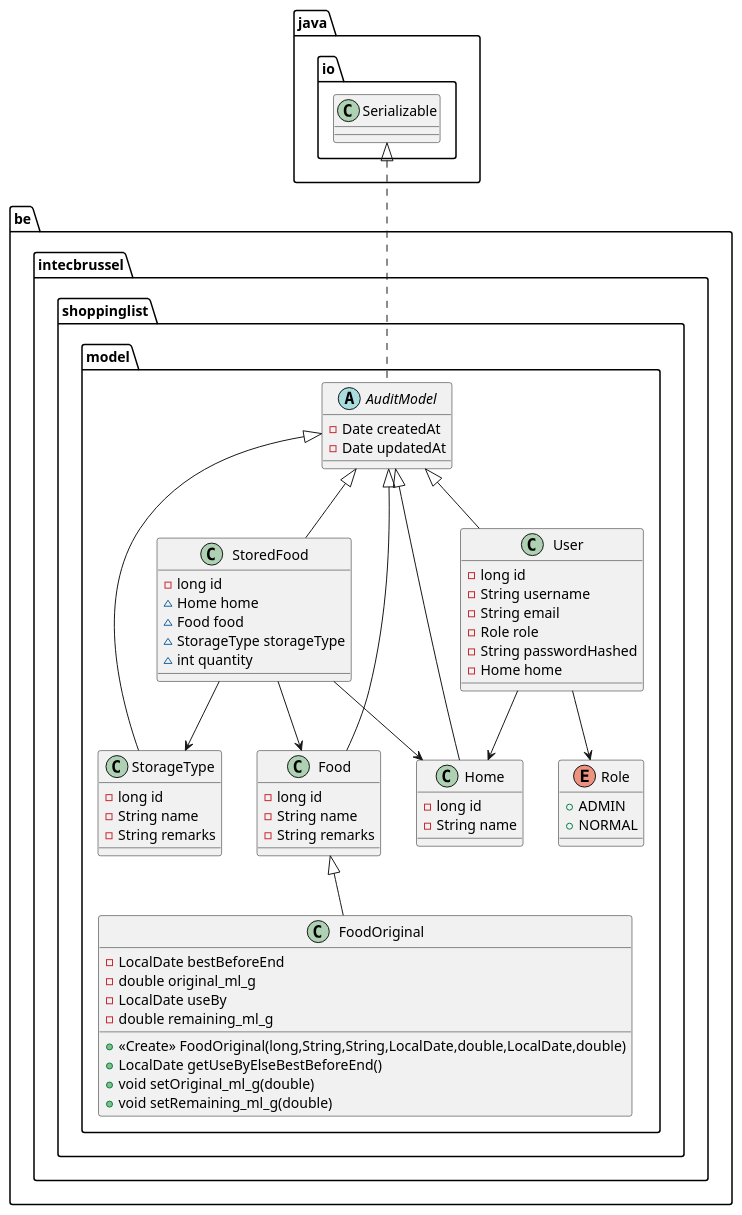
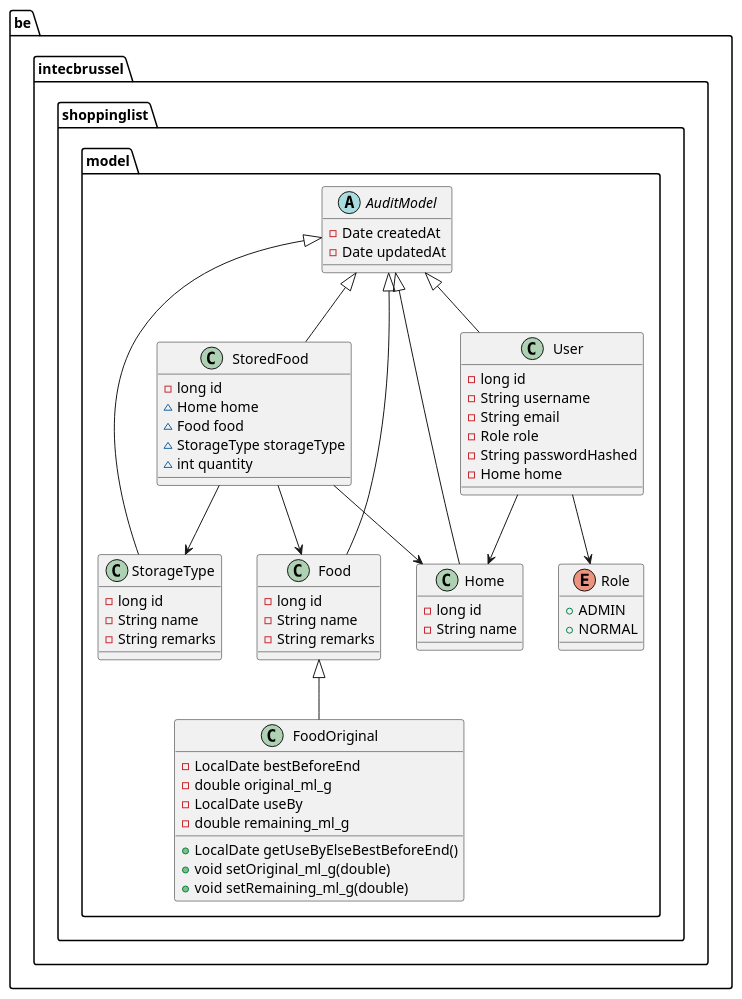
Before and after one commit to BramLab/ShoppingList: the diagram in info/Diagrams/class_model.puml, drawn with PlantUML. The commit also changed 3 other files, not shown here.

```diff
--- a/info/Diagrams/class_model.puml
+++ b/info/Diagrams/class_model.puml
@@ -1,73 +1,73 @@
 @startuml
 abstract class be.intecbrussel.shoppinglist.model.AuditModel {
 - Date createdAt
 - Date updatedAt
 }
 
 class be.intecbrussel.shoppinglist.model.StorageType {
 - long id
 - String name
 - String remarks
 }
 
 class be.intecbrussel.shoppinglist.model.Home {
 - long id
 - String name
 }
 
 enum be.intecbrussel.shoppinglist.model.Role {
 +  ADMIN
 +  NORMAL
 }
 
 class be.intecbrussel.shoppinglist.model.Food {
 - long id
 - String name
 - String remarks
 }
 
 class be.intecbrussel.shoppinglist.model.User {
 - long id
 - String username
 - String email
 - Role role
 - String passwordHashed
 - Home home
 }
 
 class be.intecbrussel.shoppinglist.model.FoodOriginal {
 - LocalDate bestBeforeEnd
 - double original_ml_g
 - LocalDate useBy
 - double remaining_ml_g
-+ <<Create>> FoodOriginal(long,String,String,LocalDate,double,LocalDate,double)
 + LocalDate getUseByElseBestBeforeEnd()
 + void setOriginal_ml_g(double)
 + void setRemaining_ml_g(double)
 }
 
 
 class be.intecbrussel.shoppinglist.model.StoredFood {
 - long id
 ~ Home home
 ~ Food food
 ~ StorageType storageType
 ~ int quantity
 }
 
 
 
-java.io.Serializable <|.. be.intecbrussel.shoppinglist.model.AuditModel
+'java.io.Serializable <|.. be.intecbrussel.shoppinglist.model.AuditModel
 be.intecbrussel.shoppinglist.model.AuditModel <|-- be.intecbrussel.shoppinglist.model.StorageType
 be.intecbrussel.shoppinglist.model.AuditModel <|-- be.intecbrussel.shoppinglist.model.Home
 be.intecbrussel.shoppinglist.model.AuditModel <|-- be.intecbrussel.shoppinglist.model.Food
 be.intecbrussel.shoppinglist.model.AuditModel <|-- be.intecbrussel.shoppinglist.model.User
 be.intecbrussel.shoppinglist.model.Food <|-- be.intecbrussel.shoppinglist.model.FoodOriginal
 be.intecbrussel.shoppinglist.model.AuditModel <|-- be.intecbrussel.shoppinglist.model.StoredFood
 
 User --> Home
 User --> Role
 StoredFood --> Home
 StoredFood --> Food
 StoredFood --> StorageType
+
 @enduml
```
